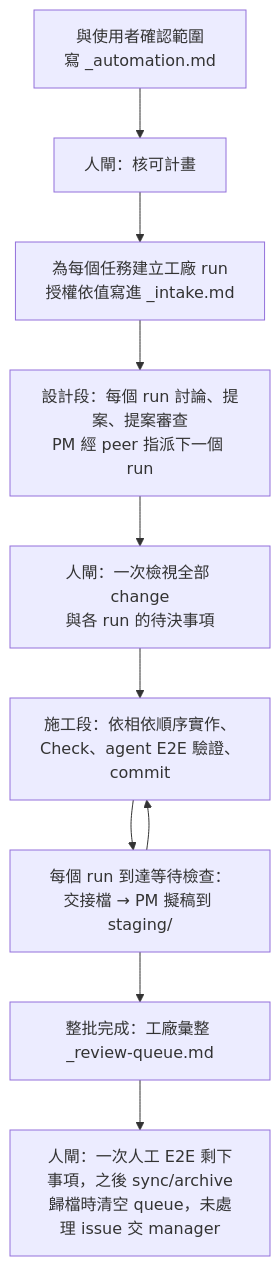
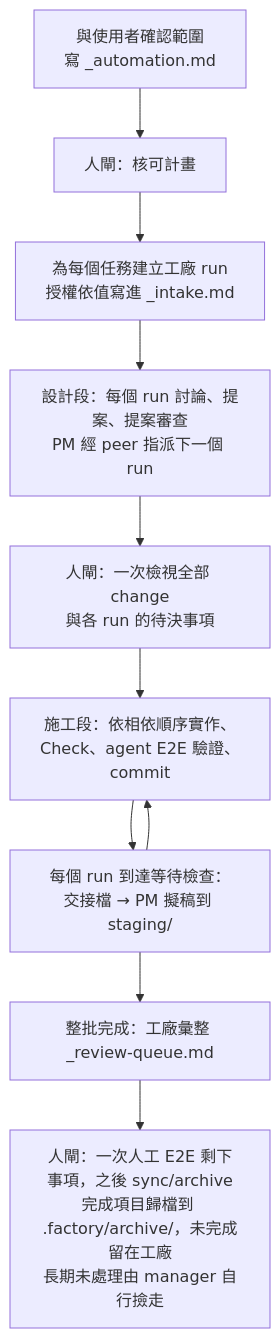
The fourth of 4 diagrams in orchestrator-pm-readme.md (nekojuice/.agents), drawn with Mermaid before and after one commit. The commit also changed other lines of this file and 36 other files, not shown here.

````diff
--- a/orchestrator-pm-readme.md
+++ b/orchestrator-pm-readme.md
@@ -142,12 +143,12 @@
 ```mermaid
 flowchart TD
   A[與使用者確認範圍<br/>寫 _automation.md] --> B[人閘：核可計畫]
   B --> C[為每個任務建立工廠 run<br/>授權依值寫進 _intake.md]
   C --> D[設計段：每個 run 討論、提案、提案審查<br/>PM 經 peer 指派下一個 run]
   D --> R[人閘：一次檢視全部 change<br/>與各 run 的待決事項]
   R --> E[施工段：依相依順序實作、Check、agent E2E 驗證、commit]
   E --> H[每個 run 到達等待檢查：<br/>交接檔 → PM 擬稿到 staging/]
   H --> E
   H --> F[整批完成：工廠彙整 _review-queue.md]
-  F --> G[人閘：一次人工 E2E 剩下事項，之後 sync/archive<br/>歸檔時清空 queue，未處理 issue 交 manager]
+  F --> G[人閘：一次人工 E2E 剩下事項，之後 sync/archive<br/>完成項目歸檔到 .factory/archive/，未完成留在工廠<br/>長期未處理由 manager 自行撿走]
 ```
````
